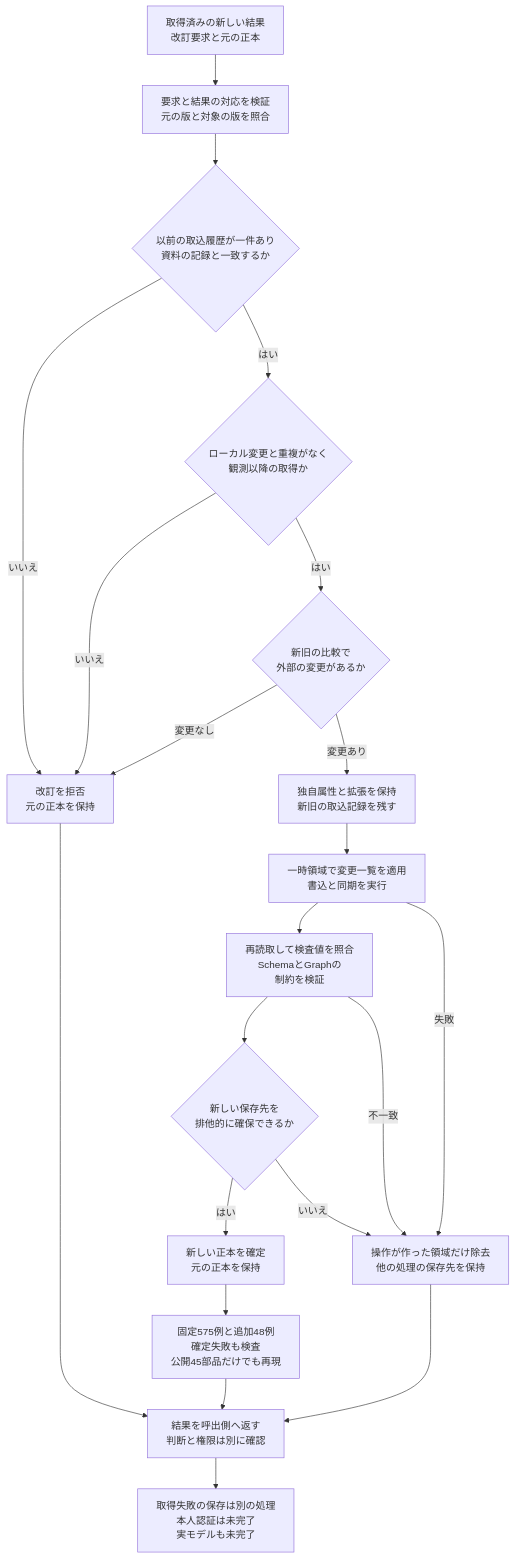
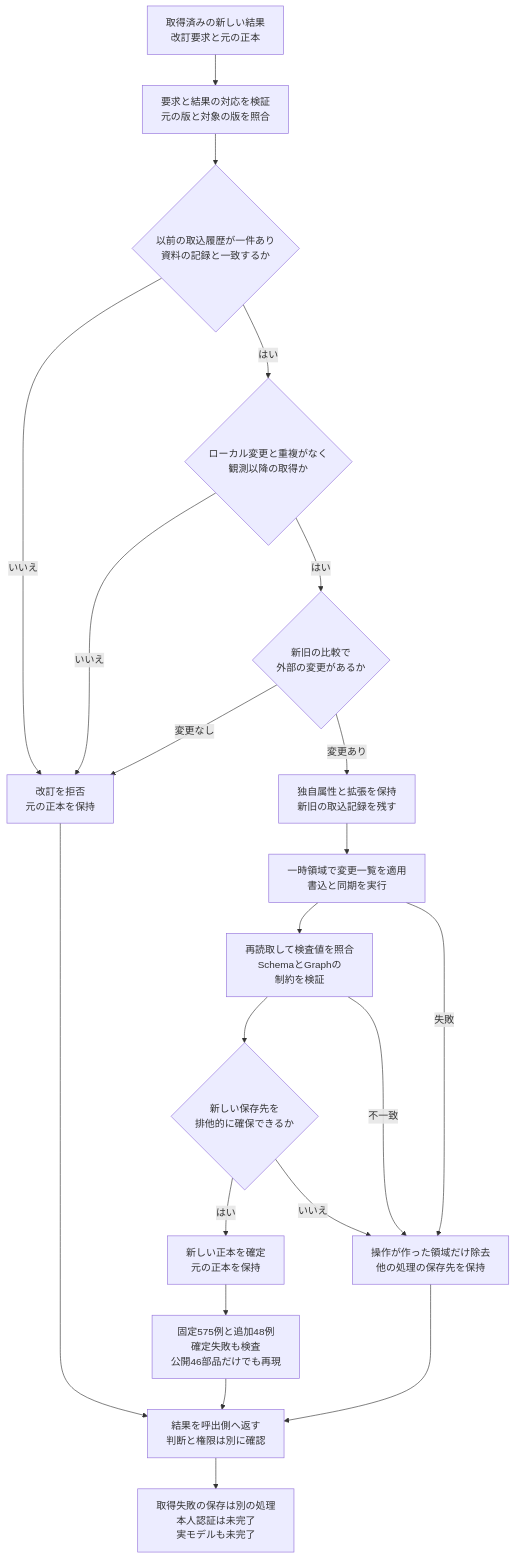
One commit to koukemo/morivyx changed the diagram in docs/diagrams/python-import-snapshot-revision.mmd. Above: the diagram before and after it, drawn with Mermaid. The commit also changed 44 other files, not shown here.

```diff
--- a/docs/diagrams/python-import-snapshot-revision.mmd
+++ b/docs/diagrams/python-import-snapshot-revision.mmd
@@ -1,21 +1,21 @@
 flowchart TD
   A[取得済みの新しい結果<br/>改訂要求と元の正本] --> B[要求と結果の対応を検証<br/>元の版と対象の版を照合]
   B --> C{以前の取込履歴が一件あり<br/>資料の記録と一致するか}
   C -->|いいえ| R[改訂を拒否<br/>元の正本を保持]
   C -->|はい| D{ローカル変更と重複がなく<br/>観測以降の取得か}
   D -->|いいえ| R
   D -->|はい| E{新旧の比較で<br/>外部の変更があるか}
   E -->|変更なし| R
   E -->|変更あり| F[独自属性と拡張を保持<br/>新旧の取込記録を残す]
   F --> G[一時領域で変更一覧を適用<br/>書込と同期を実行]
   G --> H[再読取して検査値を照合<br/>SchemaとGraphの<br/>制約を検証]
   H --> I{新しい保存先を<br/>排他的に確保できるか}
   I -->|はい| J[新しい正本を確定<br/>元の正本を保持]
   I -->|いいえ| K[操作が作った領域だけ除去<br/>他の処理の保存先を保持]
   G -->|失敗| K
   H -->|不一致| K
-  J --> L[固定575例と追加48例<br/>確定失敗も検査<br/>公開45部品だけでも再現]
+  J --> L[固定575例と追加48例<br/>確定失敗も検査<br/>公開46部品だけでも再現]
   R --> M[結果を呼出側へ返す<br/>判断と権限は別に確認]
   K --> M
   L --> M
   M --> N[取得失敗の保存は別の処理<br/>本人認証は未完了<br/>実モデルも未完了]
```
